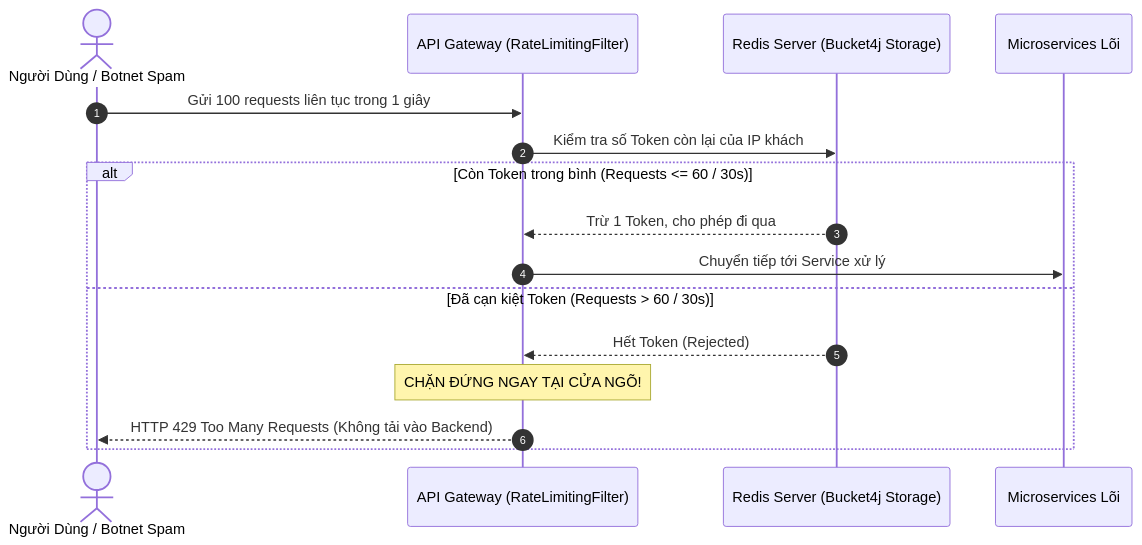
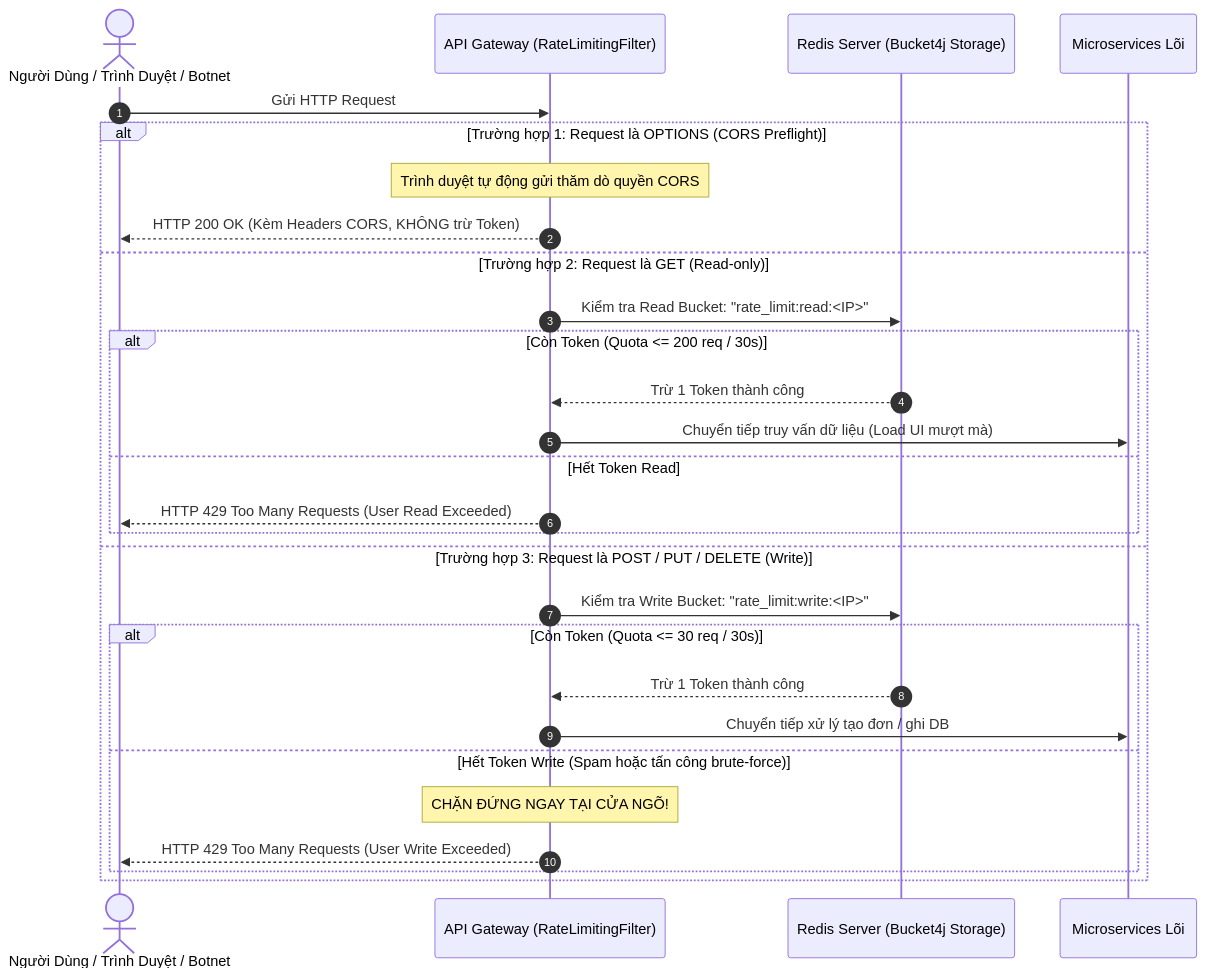
One commit to Khanhnv26/Mini-Waybill-Platform---VNPT-Cloud changed the second of 3 diagrams in docs/05-redis-caching-and-distributed-patterns.md. Above: the diagram before and after it, drawn with Mermaid. The commit also changed other lines of this file and 36 other files, not shown here.

````diff
--- a/docs/05-redis-caching-and-distributed-patterns.md
+++ b/docs/05-redis-caching-and-distributed-patterns.md
@@ -47,20 +49,32 @@
 ```mermaid
 sequenceDiagram
     autonumber
-    actor Attacker as Người Dùng / Botnet Spam
+    actor Client as Người Dùng / Trình Duyệt / Botnet
     participant GW as API Gateway (RateLimitingFilter)
     participant Redis as Redis Server (Bucket4j Storage)
     participant Backend as Microservices Lõi
 
-    Attacker->>GW: Gửi 100 requests liên tục trong 1 giây
-    GW->>Redis: Kiểm tra số Token còn lại của IP khách
+    Client->>GW: Gửi HTTP Request
     
-    alt Còn Token trong bình (Requests <= 60 / 30s)
-        Redis-->>GW: Trừ 1 Token, cho phép đi qua
-        GW->>Backend: Chuyển tiếp tới Service xử lý
-    else Đã cạn kiệt Token (Requests > 60 / 30s)
-        Redis-->>GW: Hết Token (Rejected)
-        Note over GW: CHẶN ĐỨNG NGAY TẠI CỬA NGÕ!
-        GW-->>Attacker: HTTP 429 Too Many Requests (Không tải vào Backend)
+    alt Trường hợp 1: Request là OPTIONS (CORS Preflight)
+        Note over GW: Trình duyệt tự động gửi thăm dò quyền CORS
+        GW-->>Client: HTTP 200 OK (Kèm Headers CORS, KHÔNG trừ Token)
+    else Trường hợp 2: Request là GET (Read-only)
+        GW->>Redis: Kiểm tra Read Bucket: "rate_limit:read:<IP>"
+        alt Còn Token (Quota <= 200 req / 30s)
+            Redis-->>GW: Trừ 1 Token thành công
+            GW->>Backend: Chuyển tiếp truy vấn dữ liệu (Load UI mượt mà)
+        else Hết Token Read
+            GW-->>Client: HTTP 429 Too Many Requests (User Read Exceeded)
+        end
+    else Trường hợp 3: Request là POST / PUT / DELETE (Write)
+        GW->>Redis: Kiểm tra Write Bucket: "rate_limit:write:<IP>"
+        alt Còn Token (Quota <= 30 req / 30s)
+            Redis-->>GW: Trừ 1 Token thành công
+            GW->>Backend: Chuyển tiếp xử lý tạo đơn / ghi DB
+        else Hết Token Write (Spam hoặc tấn công brute-force)
+            Note over GW: CHẶN ĐỨNG NGAY TẠI CỬA NGÕ!
+            GW-->>Client: HTTP 429 Too Many Requests (User Write Exceeded)
+        end
     end
 ```
````
